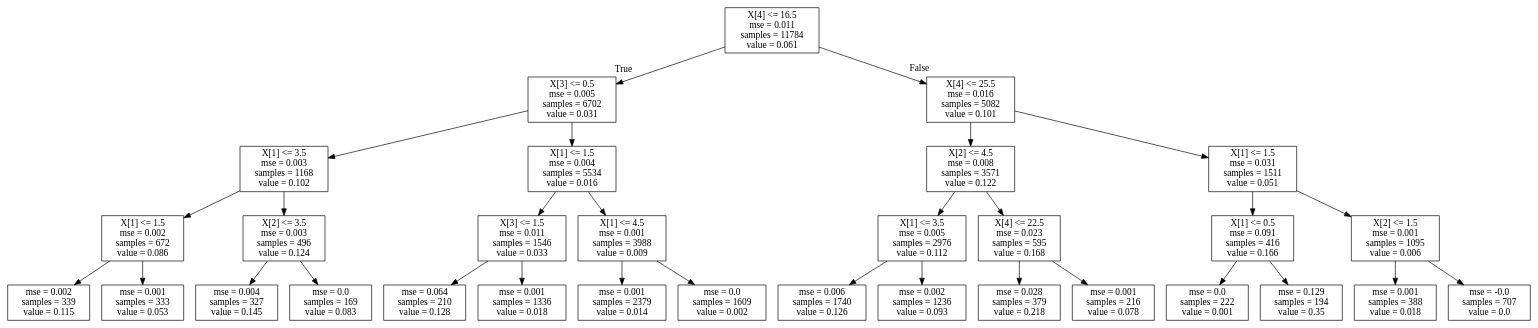
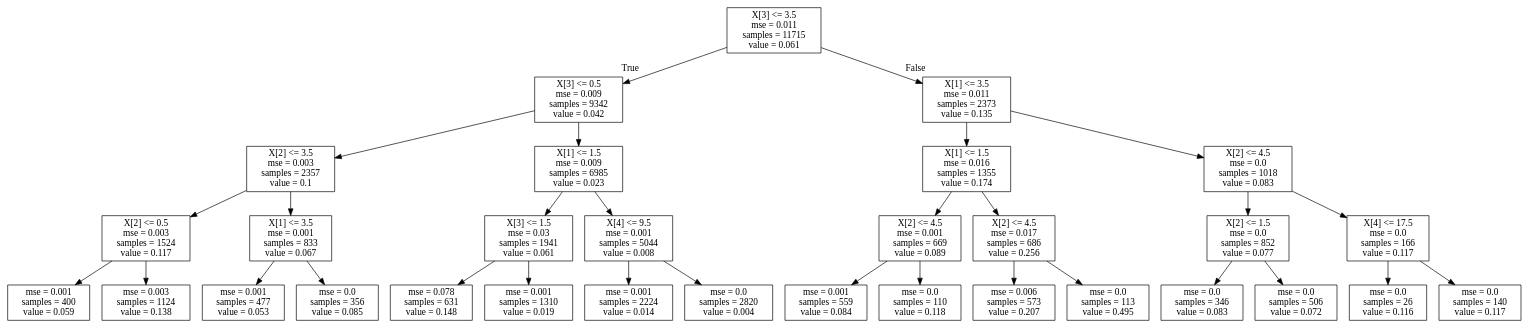
One commit to AChin1311/Regression-Analysis changed the diagram in tree.dot. Above: the diagram before and after it, drawn with Graphviz. The commit also changed 8 other files, not shown here.

```diff
--- a/tree.dot
+++ b/tree.dot
@@ -1,64 +1,64 @@
 digraph Tree {
 node [shape=box] ;
-0 [label="X[4] <= 16.5\nmse = 0.011\nsamples = 11784\nvalue = 0.061"] ;
-1 [label="X[3] <= 0.5\nmse = 0.005\nsamples = 6702\nvalue = 0.031"] ;
+0 [label="X[3] <= 3.5\nmse = 0.011\nsamples = 11715\nvalue = 0.061"] ;
+1 [label="X[3] <= 0.5\nmse = 0.009\nsamples = 9342\nvalue = 0.042"] ;
 0 -> 1 [labeldistance=2.5, labelangle=45, headlabel="True"] ;
-2 [label="X[1] <= 3.5\nmse = 0.003\nsamples = 1168\nvalue = 0.102"] ;
+2 [label="X[2] <= 3.5\nmse = 0.003\nsamples = 2357\nvalue = 0.1"] ;
 1 -> 2 ;
-3 [label="X[1] <= 1.5\nmse = 0.002\nsamples = 672\nvalue = 0.086"] ;
+3 [label="X[2] <= 0.5\nmse = 0.003\nsamples = 1524\nvalue = 0.117"] ;
 2 -> 3 ;
-4 [label="mse = 0.002\nsamples = 339\nvalue = 0.115"] ;
+4 [label="mse = 0.001\nsamples = 400\nvalue = 0.059"] ;
 3 -> 4 ;
-5 [label="mse = 0.001\nsamples = 333\nvalue = 0.053"] ;
+5 [label="mse = 0.003\nsamples = 1124\nvalue = 0.138"] ;
 3 -> 5 ;
-6 [label="X[2] <= 3.5\nmse = 0.003\nsamples = 496\nvalue = 0.124"] ;
+6 [label="X[1] <= 3.5\nmse = 0.001\nsamples = 833\nvalue = 0.067"] ;
 2 -> 6 ;
-7 [label="mse = 0.004\nsamples = 327\nvalue = 0.145"] ;
+7 [label="mse = 0.001\nsamples = 477\nvalue = 0.053"] ;
 6 -> 7 ;
-8 [label="mse = 0.0\nsamples = 169\nvalue = 0.083"] ;
+8 [label="mse = 0.0\nsamples = 356\nvalue = 0.085"] ;
 6 -> 8 ;
-9 [label="X[1] <= 1.5\nmse = 0.004\nsamples = 5534\nvalue = 0.016"] ;
+9 [label="X[1] <= 1.5\nmse = 0.009\nsamples = 6985\nvalue = 0.023"] ;
 1 -> 9 ;
-10 [label="X[3] <= 1.5\nmse = 0.011\nsamples = 1546\nvalue = 0.033"] ;
+10 [label="X[3] <= 1.5\nmse = 0.03\nsamples = 1941\nvalue = 0.061"] ;
 9 -> 10 ;
-11 [label="mse = 0.064\nsamples = 210\nvalue = 0.128"] ;
+11 [label="mse = 0.078\nsamples = 631\nvalue = 0.148"] ;
 10 -> 11 ;
-12 [label="mse = 0.001\nsamples = 1336\nvalue = 0.018"] ;
+12 [label="mse = 0.001\nsamples = 1310\nvalue = 0.019"] ;
 10 -> 12 ;
-13 [label="X[1] <= 4.5\nmse = 0.001\nsamples = 3988\nvalue = 0.009"] ;
+13 [label="X[4] <= 9.5\nmse = 0.001\nsamples = 5044\nvalue = 0.008"] ;
 9 -> 13 ;
-14 [label="mse = 0.001\nsamples = 2379\nvalue = 0.014"] ;
+14 [label="mse = 0.001\nsamples = 2224\nvalue = 0.014"] ;
 13 -> 14 ;
-15 [label="mse = 0.0\nsamples = 1609\nvalue = 0.002"] ;
+15 [label="mse = 0.0\nsamples = 2820\nvalue = 0.004"] ;
 13 -> 15 ;
-16 [label="X[4] <= 25.5\nmse = 0.016\nsamples = 5082\nvalue = 0.101"] ;
+16 [label="X[1] <= 3.5\nmse = 0.011\nsamples = 2373\nvalue = 0.135"] ;
 0 -> 16 [labeldistance=2.5, labelangle=-45, headlabel="False"] ;
-17 [label="X[2] <= 4.5\nmse = 0.008\nsamples = 3571\nvalue = 0.122"] ;
+17 [label="X[1] <= 1.5\nmse = 0.016\nsamples = 1355\nvalue = 0.174"] ;
 16 -> 17 ;
-18 [label="X[1] <= 3.5\nmse = 0.005\nsamples = 2976\nvalue = 0.112"] ;
+18 [label="X[2] <= 4.5\nmse = 0.001\nsamples = 669\nvalue = 0.089"] ;
 17 -> 18 ;
-19 [label="mse = 0.006\nsamples = 1740\nvalue = 0.126"] ;
+19 [label="mse = 0.001\nsamples = 559\nvalue = 0.084"] ;
 18 -> 19 ;
-20 [label="mse = 0.002\nsamples = 1236\nvalue = 0.093"] ;
+20 [label="mse = 0.0\nsamples = 110\nvalue = 0.118"] ;
 18 -> 20 ;
-21 [label="X[4] <= 22.5\nmse = 0.023\nsamples = 595\nvalue = 0.168"] ;
+21 [label="X[2] <= 4.5\nmse = 0.017\nsamples = 686\nvalue = 0.256"] ;
 17 -> 21 ;
-22 [label="mse = 0.028\nsamples = 379\nvalue = 0.218"] ;
+22 [label="mse = 0.006\nsamples = 573\nvalue = 0.207"] ;
 21 -> 22 ;
-23 [label="mse = 0.001\nsamples = 216\nvalue = 0.078"] ;
+23 [label="mse = 0.0\nsamples = 113\nvalue = 0.495"] ;
 21 -> 23 ;
-24 [label="X[1] <= 1.5\nmse = 0.031\nsamples = 1511\nvalue = 0.051"] ;
+24 [label="X[2] <= 4.5\nmse = 0.0\nsamples = 1018\nvalue = 0.083"] ;
 16 -> 24 ;
-25 [label="X[1] <= 0.5\nmse = 0.091\nsamples = 416\nvalue = 0.166"] ;
+25 [label="X[2] <= 1.5\nmse = 0.0\nsamples = 852\nvalue = 0.077"] ;
 24 -> 25 ;
-26 [label="mse = 0.0\nsamples = 222\nvalue = 0.001"] ;
+26 [label="mse = 0.0\nsamples = 346\nvalue = 0.083"] ;
 25 -> 26 ;
-27 [label="mse = 0.129\nsamples = 194\nvalue = 0.35"] ;
+27 [label="mse = 0.0\nsamples = 506\nvalue = 0.072"] ;
 25 -> 27 ;
-28 [label="X[2] <= 1.5\nmse = 0.001\nsamples = 1095\nvalue = 0.006"] ;
+28 [label="X[4] <= 17.5\nmse = 0.0\nsamples = 166\nvalue = 0.117"] ;
 24 -> 28 ;
-29 [label="mse = 0.001\nsamples = 388\nvalue = 0.018"] ;
+29 [label="mse = 0.0\nsamples = 26\nvalue = 0.116"] ;
 28 -> 29 ;
-30 [label="mse = -0.0\nsamples = 707\nvalue = 0.0"] ;
+30 [label="mse = 0.0\nsamples = 140\nvalue = 0.117"] ;
 28 -> 30 ;
 }
```
